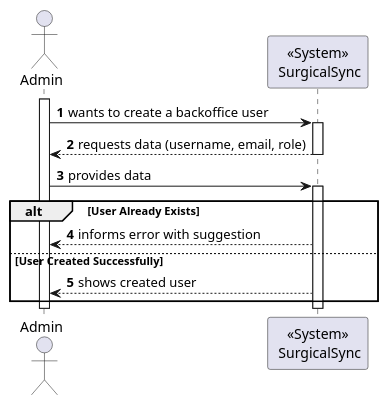
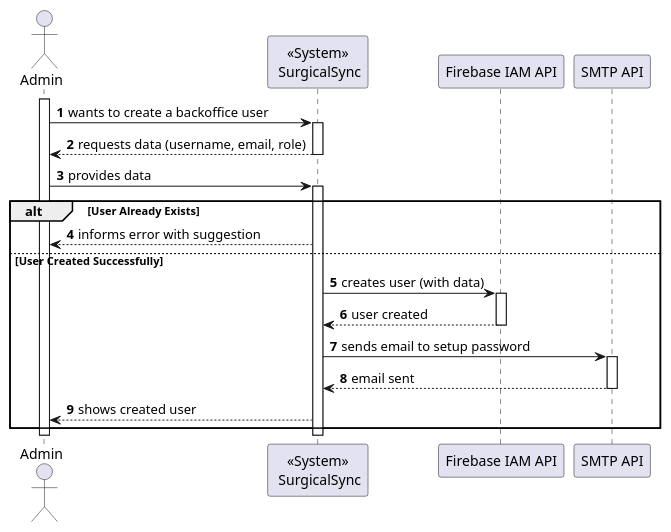
Before and after one commit to MiguelCardoso77/SurgicalSync-BackEnd: the diagram in docs/SprintA/1-register-backoffice-users/level1/process-view.puml, drawn with PlantUML. The commit also changed 3 other files, not shown here.

```diff
--- a/docs/SprintA/1-register-backoffice-users/level1/process-view.puml
+++ b/docs/SprintA/1-register-backoffice-users/level1/process-view.puml
@@ -1,25 +1,39 @@
 @startuml
 autonumber
 
 actor "Admin" as USER
 participant "<<System>>\n SurgicalSync" as SYSTEM
+participant "Firebase IAM API" as FIREBASE
+participant "SMTP API" as EMAIL
 
 activate USER
 
     USER -> SYSTEM: wants to create a backoffice user
     activate SYSTEM
 
         SYSTEM --> USER : requests data (username, email, role)
     deactivate SYSTEM
         
     USER -> SYSTEM : provides data
+    
     activate SYSTEM
         alt User Already Exists
            USER <-- SYSTEM : informs error with suggestion
         else User Created Successfully
+            SYSTEM -> FIREBASE : creates user (with data)
+            
+            activate FIREBASE
+                FIREBASE --> SYSTEM : user created
+            deactivate FIREBASE
+            
+            SYSTEM -> EMAIL : sends email to setup password
+            activate EMAIL
+                EMAIL --> SYSTEM : email sent
+            deactivate EMAIL
+        
            USER <-- SYSTEM : shows created user
         end
     deactivate SYSTEM
     
 deactivate USER
 @enduml
```
